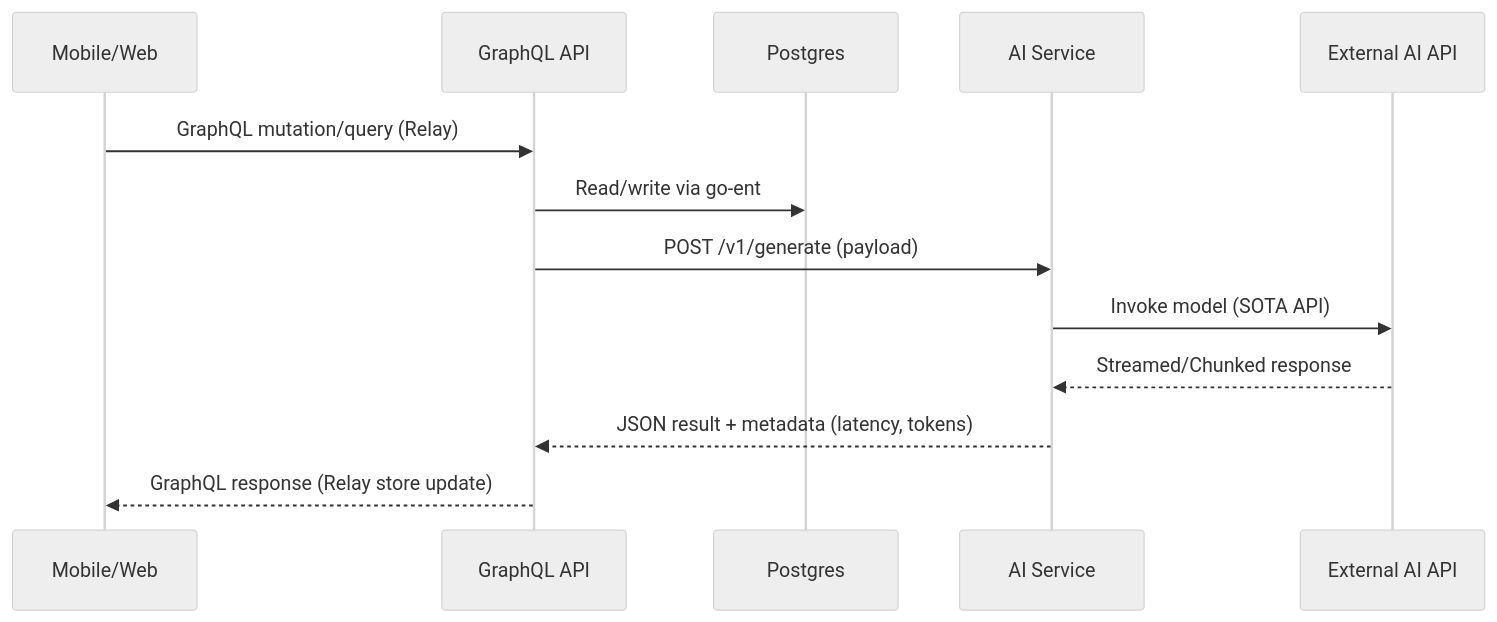
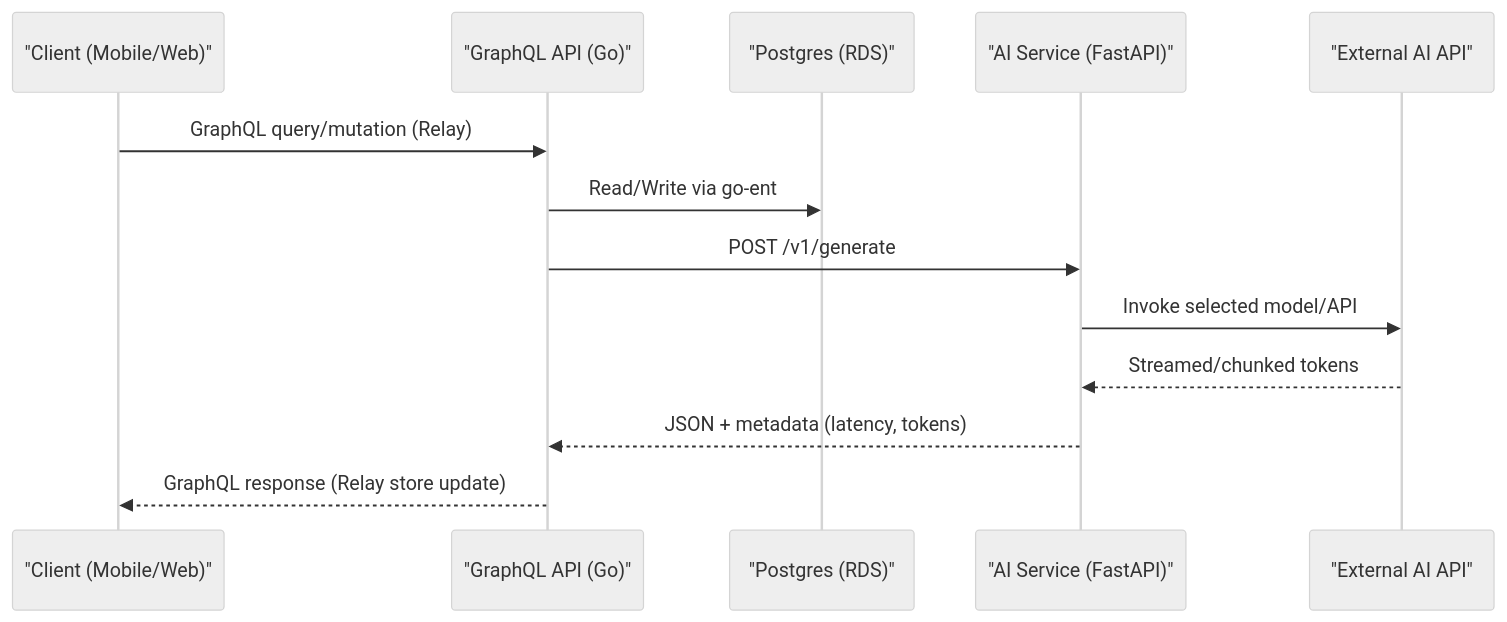
The second of 2 diagrams in README.md (schlenker-owl/full-stack-ai), drawn with Mermaid (neutral theme) before and after one commit. The commit also changed other lines of this file, not shown here.

````diff
--- a/README.md
+++ b/README.md
@@ -80,16 +84,16 @@
 ```mermaid
 sequenceDiagram
-  participant Mobile/Web
-  participant GraphQL API
-  participant Postgres
-  participant AI Service
-  participant External AI API
+  participant Client as "Client (Mobile/Web)"
+  participant API as "GraphQL API (Go)"
+  participant DB as "Postgres (RDS)"
+  participant AI as "AI Service (FastAPI)"
+  participant Ext as "External AI API"
 
-  Mobile/Web->>GraphQL API: GraphQL mutation/query (Relay)
-  GraphQL API->>Postgres: Read/write via go-ent
-  GraphQL API->>AI Service: POST /v1/generate (payload)
-  AI Service->>External AI API: Invoke model (SOTA API)
-  External AI API-->>AI Service: Streamed/Chunked response
-  AI Service-->>GraphQL API: JSON result + metadata (latency, tokens)
-  GraphQL API-->>Mobile/Web: GraphQL response (Relay store update)
+  Client->>API: GraphQL query/mutation (Relay)
+  API->>DB: Read/Write via go-ent
+  API->>AI: POST /v1/generate
+  AI->>Ext: Invoke selected model/API
+  Ext-->>AI: Streamed/chunked tokens
+  AI-->>API: JSON + metadata (latency, tokens)
+  API-->>Client: GraphQL response (Relay store update)
 ```
````
